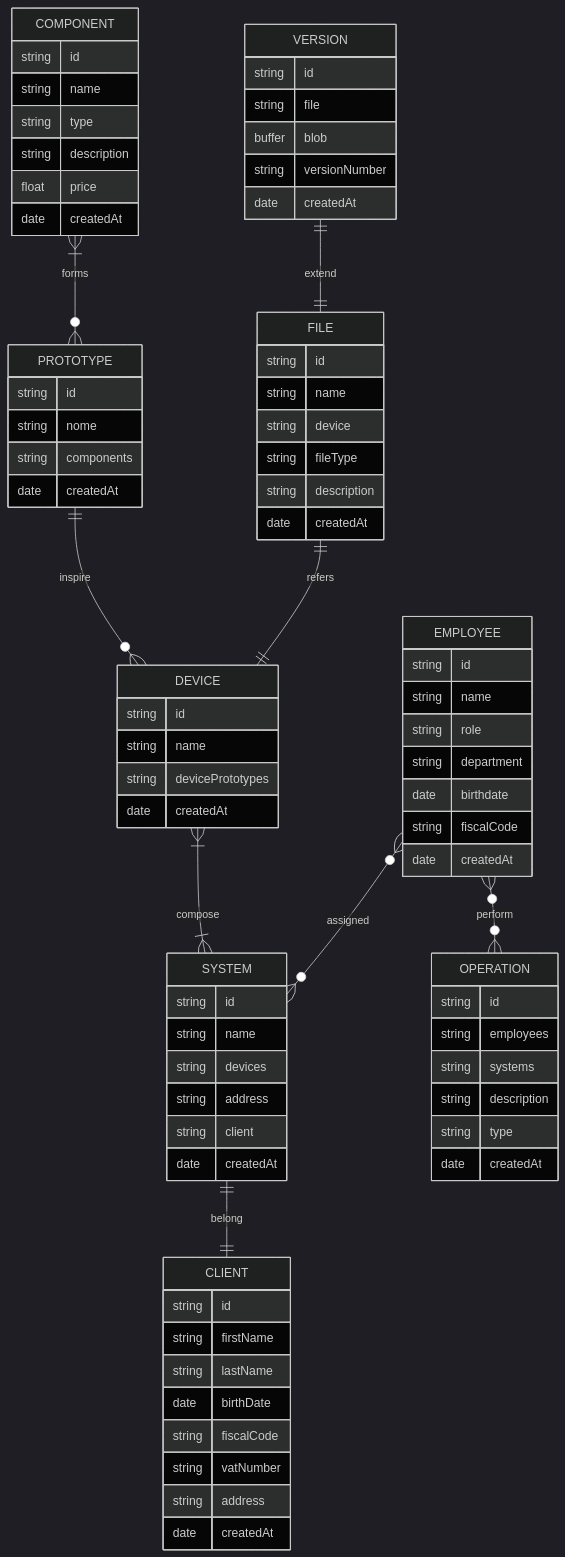
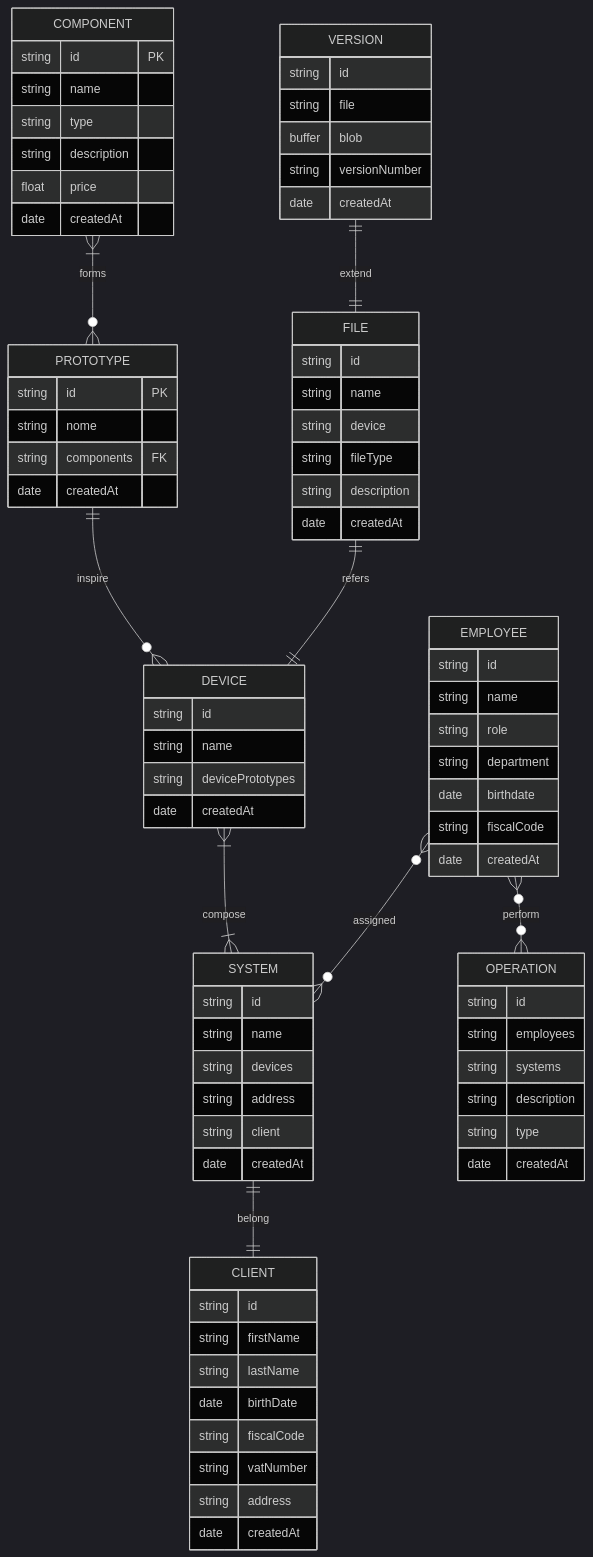
One commit to DavideDeZuane/advanced_programming changed the third of 6 diagrams in README.md. Above: the diagram before and after it, drawn with Mermaid (dark theme).

Commit message:
E-R on readme

````diff
--- a/README.md
+++ b/README.md
@@ -59,81 +59,81 @@
 ```mermaid
     erDiagram
     COMPONENT |{--o{ PROTOTYPE : forms
     COMPONENT {
-        string id
+        string id PK
         string name
         string type
         string description
         float price
         date createdAt
     }
     PROTOTYPE ||--o{ DEVICE : inspire
     PROTOTYPE {
-        string id
+        string id PK
         string nome
-        string components
+        string components FK
         date createdAt
     }
     DEVICE |{--|{ SYSTEM : compose 
     DEVICE{
         string id
         string name
         string devicePrototypes
         date createdAt
     }
     SYSTEM ||--|| CLIENT : belong
     SYSTEM{
         string id
         string name
         string devices
         string address
         string client
         date createdAt
     }
     CLIENT{
         string id
         string firstName
         string lastName
         date birthDate
         string fiscalCode
         string vatNumber
         string address
         date createdAt 
     }
     EMPLOYEE o{--o{ SYSTEM: assigned
     EMPLOYEE{
         string id
         string name
         string role
         string department
         date birthdate
         string fiscalCode
         date createdAt
     }
     EMPLOYEE o{--o{ OPERATION: perform
     OPERATION{
         string id
         string employees
         string systems
         string description
         string type
         date createdAt
     }
     FILE ||--|| DEVICE: refers
     FILE{
         string id
         string name
         string device
         string fileType
         string description
         date createdAt
     }
     VERSION ||--|| FILE: extend
     VERSION {
         string id
         string file
         buffer blob
         string versionNumber
         date createdAt
     }
 ```
````
